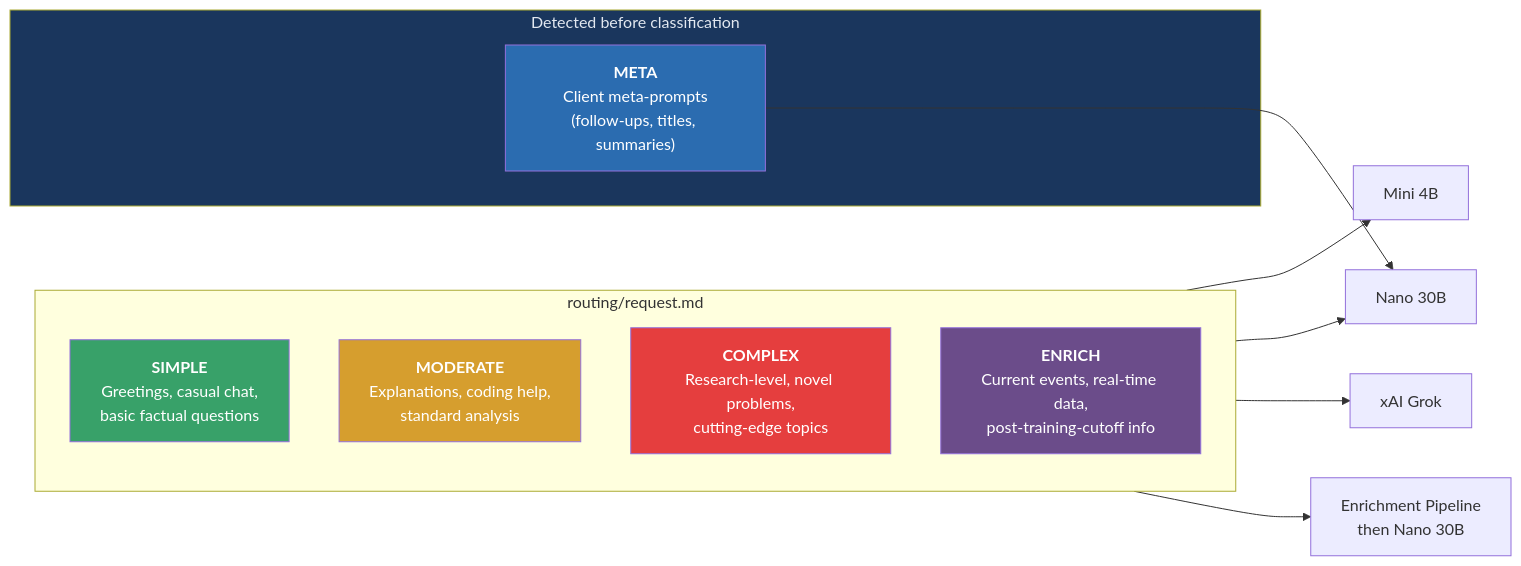
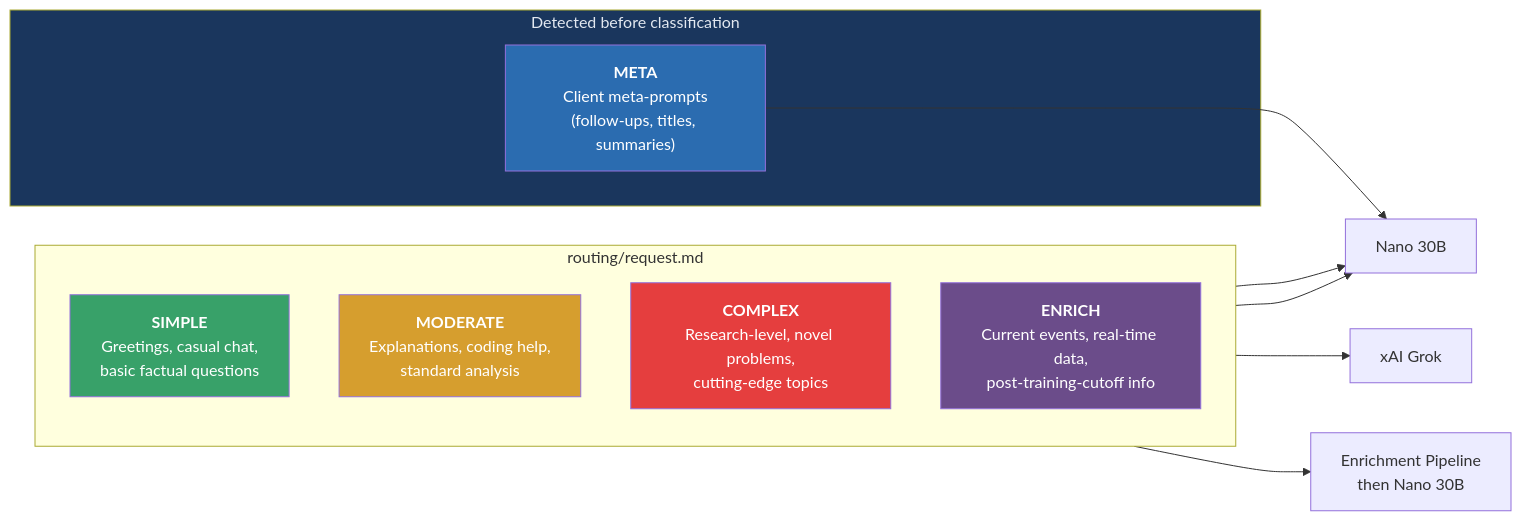
The third of 4 diagrams in docs/architecture.md (nominalgeek/ai-router), drawn with Mermaid before and after one commit. The commit also changed other lines of this file and 8 other files, not shown here.

````diff
--- a/docs/architecture.md
+++ b/docs/architecture.md
@@ -98,27 +97,27 @@
 ```mermaid
 flowchart LR
     subgraph Classification["routing/request.md"]
         direction TB
         S["<b>SIMPLE</b><br/>Greetings, casual chat,<br/>basic factual questions"]
         M["<b>MODERATE</b><br/>Explanations, coding help,<br/>standard analysis"]
         C["<b>COMPLEX</b><br/>Research-level, novel problems,<br/>cutting-edge topics"]
         E["<b>ENRICH</b><br/>Current events, real-time data,<br/>post-training-cutoff info"]
     end
 
     subgraph Heuristic["Detected before classification"]
         META["<b>META</b><br/>Client meta-prompts<br/>(follow-ups, titles, summaries)"]
     end
 
-    S --> Mini["Mini 4B"]
+    S --> Primary
     M --> Primary["Nano 30B"]
     C --> XAI["xAI Grok"]
     E --> Enrichment["Enrichment Pipeline<br/>then Nano 30B"]
     META --> Primary
 
     style S fill:#38a169,color:#fff
     style M fill:#d69e2e,color:#fff
     style C fill:#e53e3e,color:#fff
     style E fill:#6b4c8a,color:#fff
     style META fill:#2b6cb0,color:#fff
     style Heuristic fill:#1a365d,color:#e2e8f0
 ```
````
